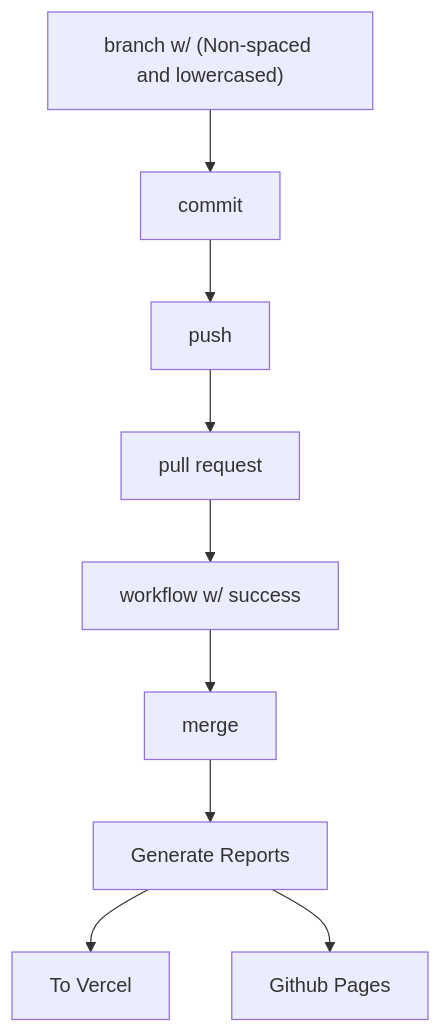
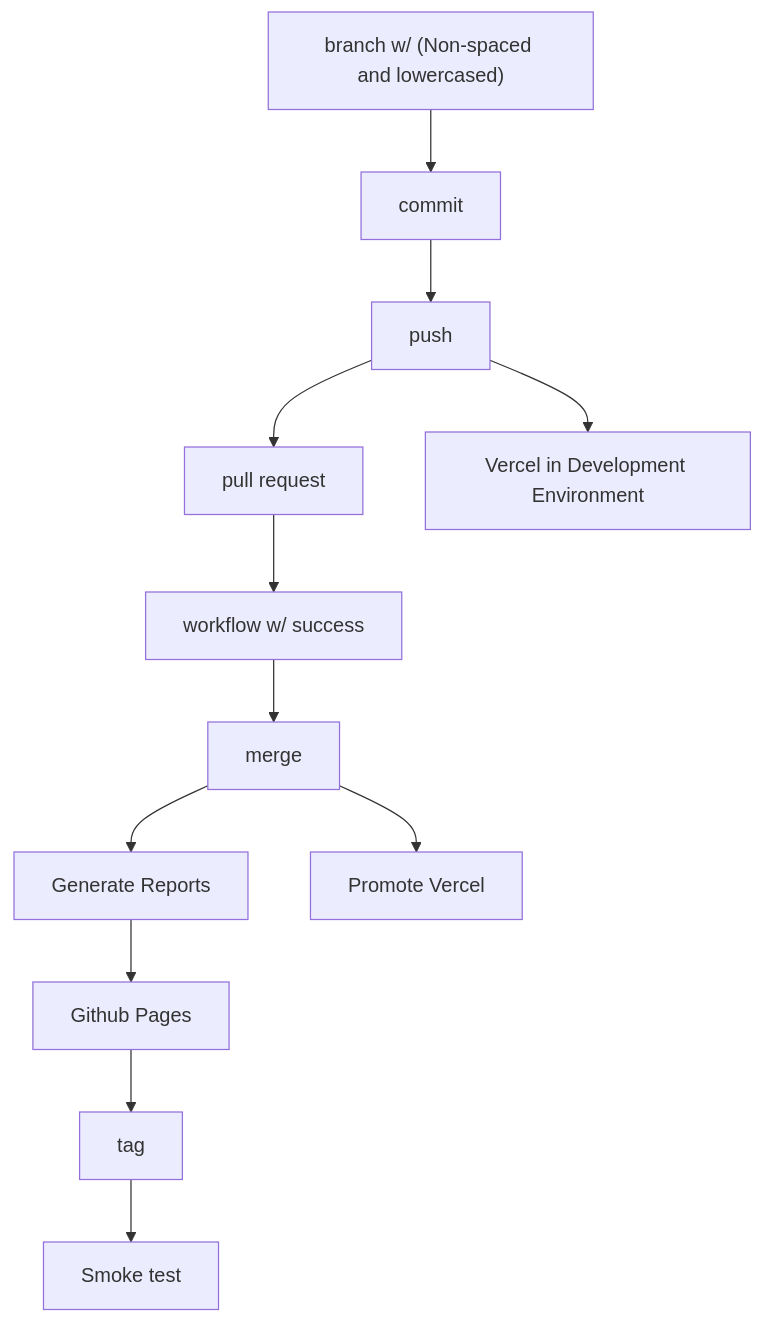
The second of 2 diagrams in README.md (yoonghan/yoonghan.github.io), drawn with Mermaid before and after one commit.

Commit message:
Fine tune workflow.

````diff
--- a/README.md
+++ b/README.md
@@ -82,5 +82,7 @@
 ```mermaid
 flowchart TD;
-   branch["branch w/ (Non-spaced and lowercased)"] --> commit --> push --> pull[pull request] --> workflow["workflow w/ success"] --> merge --> report["Generate Reports"] --> deploy1["To Vercel"];
-   report --> deploy2["Github Pages"];
+   branch["branch w/ (Non-spaced and lowercased)"] --> commit --> push --> pull[pull request] --> workflow["workflow w/ success"] --> merge --> report["Generate Reports"];
+   push --> deploy1["Vercel in Development Environment"]
+   merge --> promote["Promote Vercel"];
+   report --> deploy2["Github Pages"] --> tag --> smoketest["Smoke test"];
 ```
````
